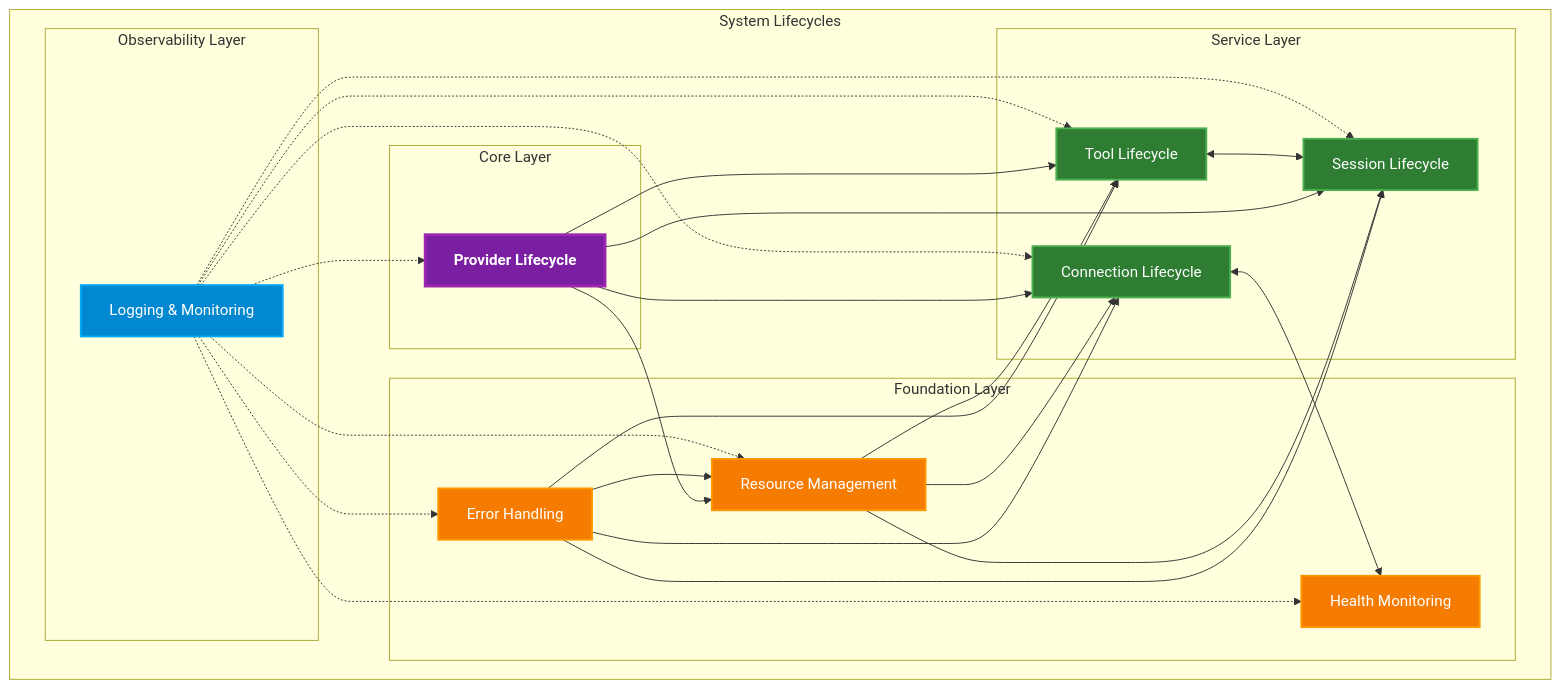
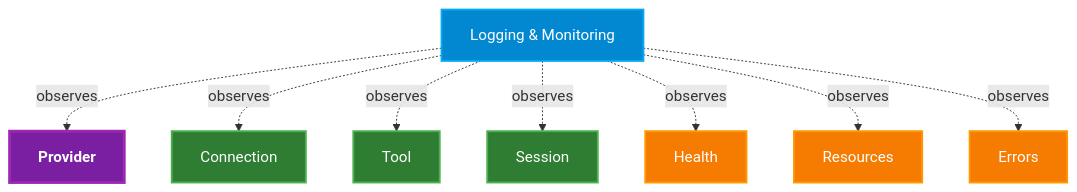
One commit to beanone/agentical changed the fourth of 15 diagrams in docs/system-lifecycles-detailed.md. Above: the diagram before and after it, drawn with Mermaid. The commit also changed other lines of this file, not shown here.

Commit message:
Updated system-lifecycle document

````diff
--- a/docs/system-lifecycles-detailed.md
+++ b/docs/system-lifecycles-detailed.md
@@ -52,68 +160,32 @@
 ```mermaid
 graph TD
-    subgraph "System Lifecycles"
-        subgraph "Core Layer"
-            PL[Provider Lifecycle]
-        end
+    %% Components
+    LML[Logging & Monitoring]
+    PL[Provider]
+    CL[Connection]
+    TL[Tool]
+    SL[Session]
+    HML[Health]
+    RML[Resources]
+    EHL[Errors]
 
-        subgraph "Service Layer"
-            CL[Connection Lifecycle]
-            TL[Tool Lifecycle]
-            SL[Session Lifecycle]
-        end
+    %% Logging Dependencies
+    LML -.->|observes| PL
+    LML -.->|observes| CL
+    LML -.->|observes| TL
+    LML -.->|observes| SL
+    LML -.->|observes| HML
+    LML -.->|observes| RML
+    LML -.->|observes| EHL
 
-        subgraph "Foundation Layer"
-            RML[Resource Management]
-            HML[Health Monitoring]
-            EHL[Error Handling]
-        end
-
-        subgraph "Observability Layer"
-            LML[Logging & Monitoring]
-        end
-
-        %% Core to Service relationships
-        PL --> CL
-        PL --> TL
-        PL --> SL
-        PL --> RML
-
-        %% Service layer relationships
-        CL <--> HML
-        TL <--> SL
-
-        %% Error handling relationships
-        EHL --> CL
-        EHL --> TL
-        EHL --> SL
-        EHL --> RML
-
-        %% Resource management relationships
-        RML --> CL
-        RML --> TL
-        RML --> SL
-
-        %% Logging relationships
-        LML -.-> PL
-        LML -.-> CL
-        LML -.-> TL
-        LML -.-> SL
-        LML -.-> HML
-        LML -.-> EHL
-        LML -.-> RML
-    end
-
-    %% Style definitions with improved readability
-    classDef default fill:#2d2d2d,stroke:#666,stroke-width:2px,color:#ddd;
+    %% Styling
     classDef core fill:#7b1fa2,stroke:#9c27b0,stroke-width:3px,color:#fff,font-weight:bold;
     classDef service fill:#2e7d32,stroke:#4caf50,stroke-width:2px,color:#fff;
     classDef foundation fill:#f57c00,stroke:#ff9800,stroke-width:2px,color:#fff;
     classDef observability fill:#0288d1,stroke:#03a9f4,stroke-width:2px,color:#fff;
 
-    %% Apply styles
     class PL core;
     class CL,TL,SL service;
-    class RML,HML,EHL foundation;
+    class HML,RML,EHL foundation;
     class LML observability;
-
 ```
````
